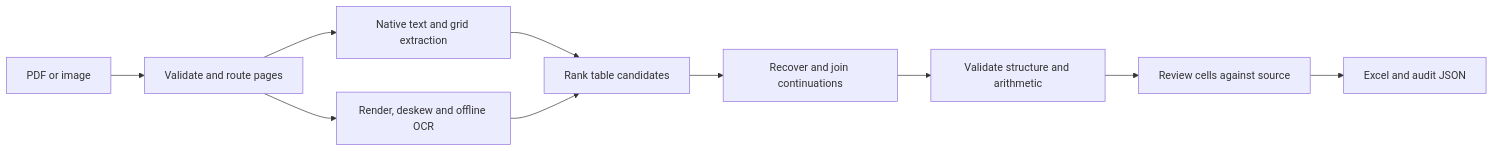
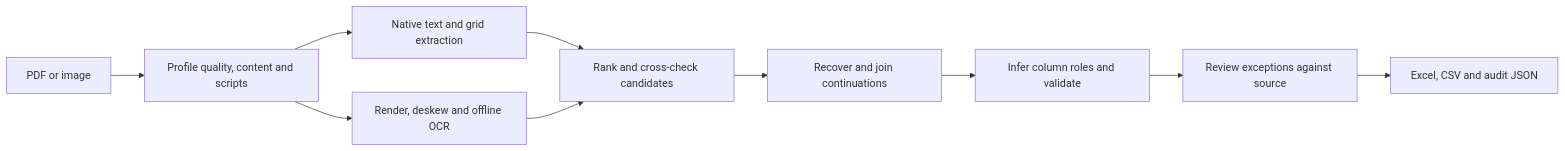
The diagram in README.md (Pranay207/Truecell), drawn with Mermaid before and after one commit. The commit also changed other lines of this file and 103 other files, not shown here.

````diff
--- a/README.md
+++ b/README.md
@@ -189,12 +203,12 @@
 ```mermaid
 flowchart LR
-    A[PDF or image] --> B[Validate and route pages]
+    A[PDF or image] --> B[Profile quality, content and scripts]
     B --> C[Native text and grid extraction]
     B --> D[Render, deskew and offline OCR]
-    C --> E[Rank table candidates]
+    C --> E[Rank and cross-check candidates]
     D --> E
     E --> F[Recover and join continuations]
-    F --> G[Validate structure and arithmetic]
-    G --> H[Review cells against source]
-    H --> I[Excel and audit JSON]
+    F --> G[Infer column roles and validate]
+    G --> H[Review exceptions against source]
+    H --> I[Excel, CSV and audit JSON]
 ```
````
